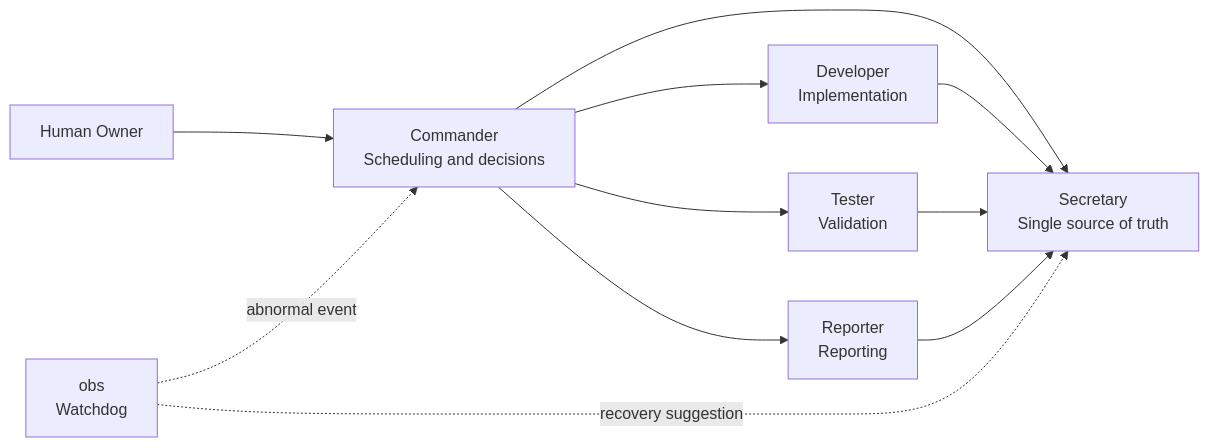
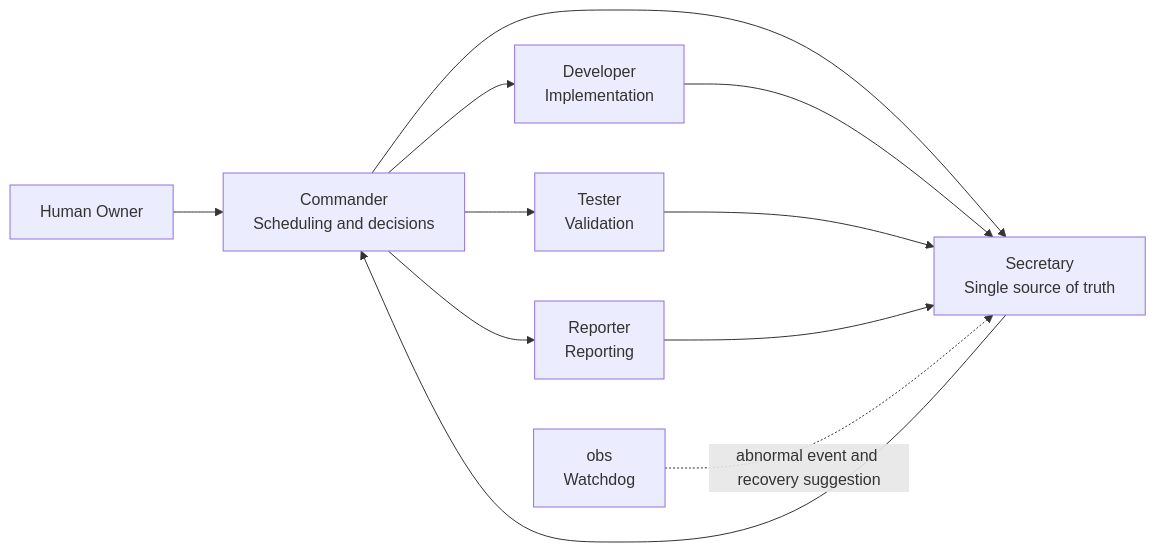
Before and after one commit to jay77721/CXWorkflow: the first of 2 diagrams in README.en.md, drawn with Mermaid. The commit also changed other lines of this file and 6 other files, not shown here.

````diff
--- a/README.en.md
+++ b/README.en.md
@@ -83,13 +103,13 @@
 ```mermaid
 flowchart LR
     User[Human Owner] --> Commander[Commander<br/>Scheduling and decisions]
     Commander --> Developer[Developer<br/>Implementation]
+    Commander --> Secretary[Secretary<br/>Single source of truth]
+    Secretary --> Commander
     Commander --> Tester[Tester<br/>Validation]
     Commander --> Reporter[Reporter<br/>Reporting]
-    Commander --> Secretary[Secretary<br/>Single source of truth]
     Developer --> Secretary
     Tester --> Secretary
     Reporter --> Secretary
-    Watchdog[obs<br/>Watchdog] -.abnormal event.-> Commander
-    Watchdog -.recovery suggestion.-> Secretary
+    Watchdog[obs<br/>Watchdog] -.abnormal event and recovery suggestion.-> Secretary
 ```
````
